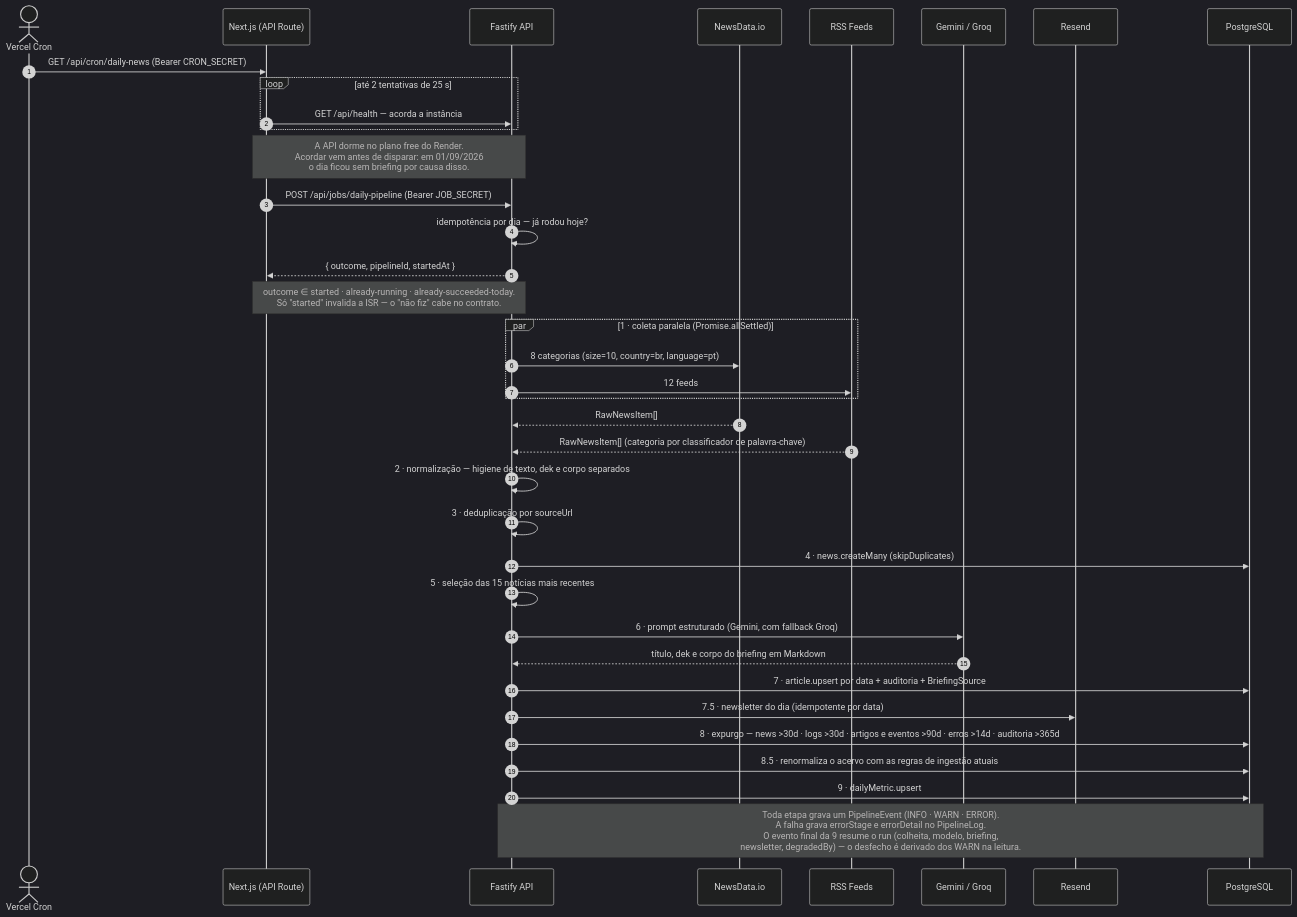
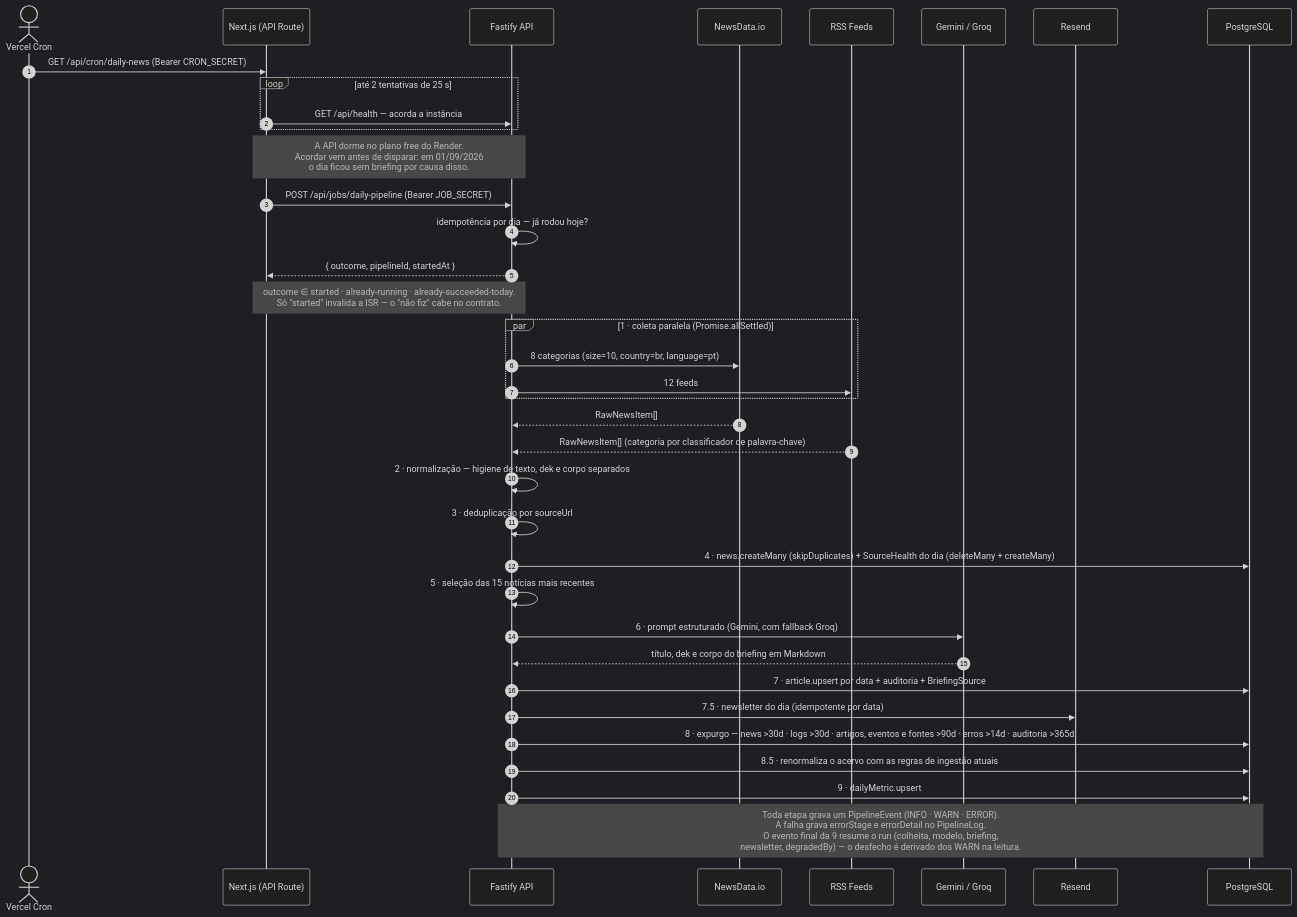
Before and after one commit to tavinholoco/newra-news: the diagram in docs/diagrams/pipeline-sequence.mermaid, drawn with Mermaid (dark theme). The commit also changed 25 other files, not shown here.

```diff
--- a/docs/diagrams/pipeline-sequence.mermaid
+++ b/docs/diagrams/pipeline-sequence.mermaid
@@ -1,48 +1,49 @@
 %% Diagrama de Sequência do Pipeline Diário — Newra News
 %% ---
-%% Atualizado em 01/09/2026. São **11 etapas**: 1–7, 7.5 (newsletter), 8, 8.5
+%% Atualizado em 15/09/2026. São **11 etapas**: 1–7, 7.5 (newsletter), 8, 8.5
 %% (renormalização) e 9. As três não críticas — 7.5, 8 e 8.5 — falham sem
-%% abortar o pipeline.
+%% abortar o pipeline; desde a Fase 11 do plano de observabilidade a escrita
+%% da SourceHealth, no fim da 4, também não aborta (WARN da etapa 4).
 sequenceDiagram
     autonumber
     actor VC as Vercel Cron
     participant NX as Next.js (API Route)
     participant API as Fastify API
     participant ND as NewsData.io
     participant RSS as RSS Feeds
     participant IA as Gemini / Groq
     participant RES as Resend
     participant DB as PostgreSQL
 
     VC->>NX: GET /api/cron/daily-news (Bearer CRON_SECRET)
 
     loop até 2 tentativas de 25 s
         NX->>API: GET /api/health — acorda a instância
     end
     Note over NX,API: A API dorme no plano free do Render.<br/>Acordar vem antes de disparar: em 01/09/2026<br/>o dia ficou sem briefing por causa disso.
 
     NX->>API: POST /api/jobs/daily-pipeline (Bearer JOB_SECRET)
     API->>API: idempotência por dia — já rodou hoje?
     API-->>NX: { outcome, pipelineId, startedAt }
     Note over NX,API: outcome ∈ started · already-running · already-succeeded-today.<br/>Só "started" invalida a ISR — o "não fiz" cabe no contrato.
 
     par 1 · coleta paralela (Promise.allSettled)
         API->>ND: 8 categorias (size=10, country=br, language=pt)
         API->>RSS: 12 feeds
     end
     ND-->>API: RawNewsItem[]
     RSS-->>API: RawNewsItem[] (categoria por classificador de palavra-chave)
 
     API->>API: 2 · normalização — higiene de texto, dek e corpo separados
     API->>API: 3 · deduplicação por sourceUrl
-    API->>DB: 4 · news.createMany (skipDuplicates)
+    API->>DB: 4 · news.createMany (skipDuplicates) + SourceHealth do dia (deleteMany + createMany)
     API->>API: 5 · seleção das 15 notícias mais recentes
     API->>IA: 6 · prompt estruturado (Gemini, com fallback Groq)
     IA-->>API: título, dek e corpo do briefing em Markdown
     API->>DB: 7 · article.upsert por data + auditoria + BriefingSource
     API->>RES: 7.5 · newsletter do dia (idempotente por data)
-    API->>DB: 8 · expurgo — news >30d · logs >30d · artigos e eventos >90d · erros >14d · auditoria >365d
+    API->>DB: 8 · expurgo — news >30d · logs >30d · artigos, eventos e fontes >90d · erros >14d · auditoria >365d
     API->>DB: 8.5 · renormaliza o acervo com as regras de ingestão atuais
     API->>DB: 9 · dailyMetric.upsert
 
     Note over API,DB: Toda etapa grava um PipelineEvent (INFO · WARN · ERROR).<br/>A falha grava errorStage e errorDetail no PipelineLog.<br/>O evento final da 9 resume o run (colheita, modelo, briefing,<br/>newsletter, degradedBy) — o desfecho é derivado dos WARN na leitura.
```
